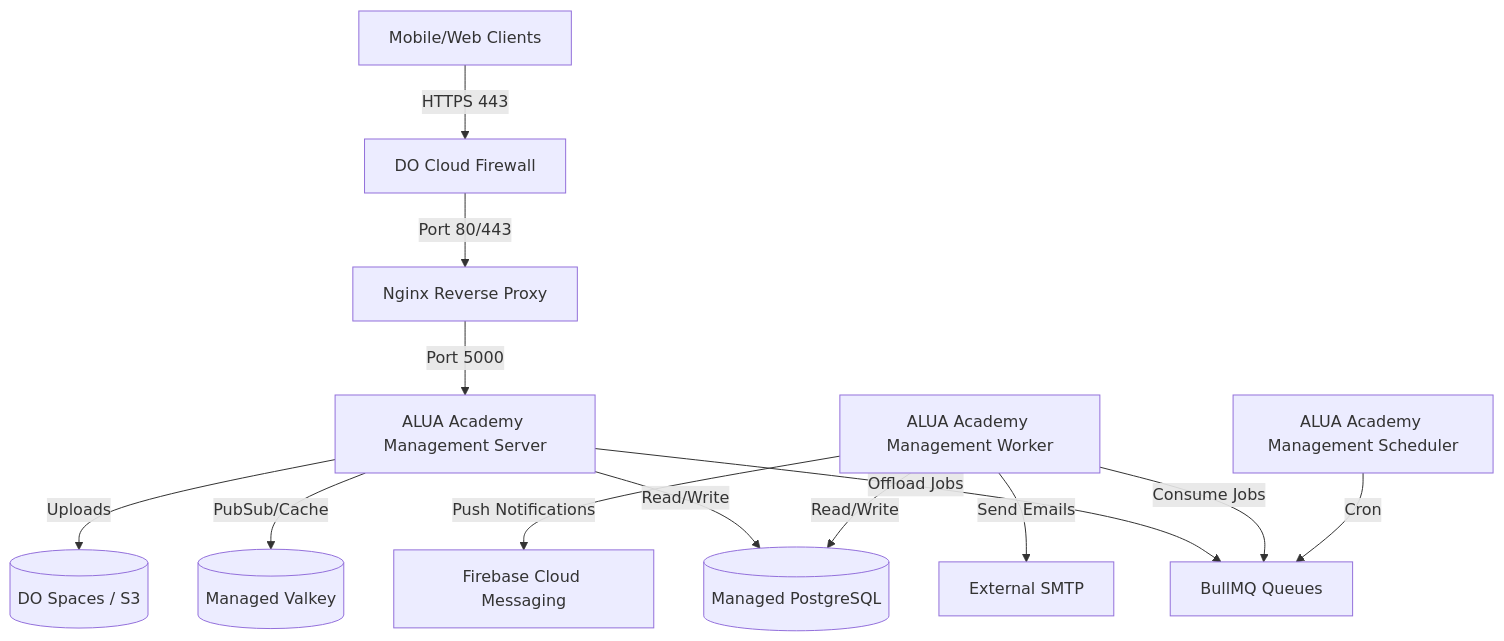
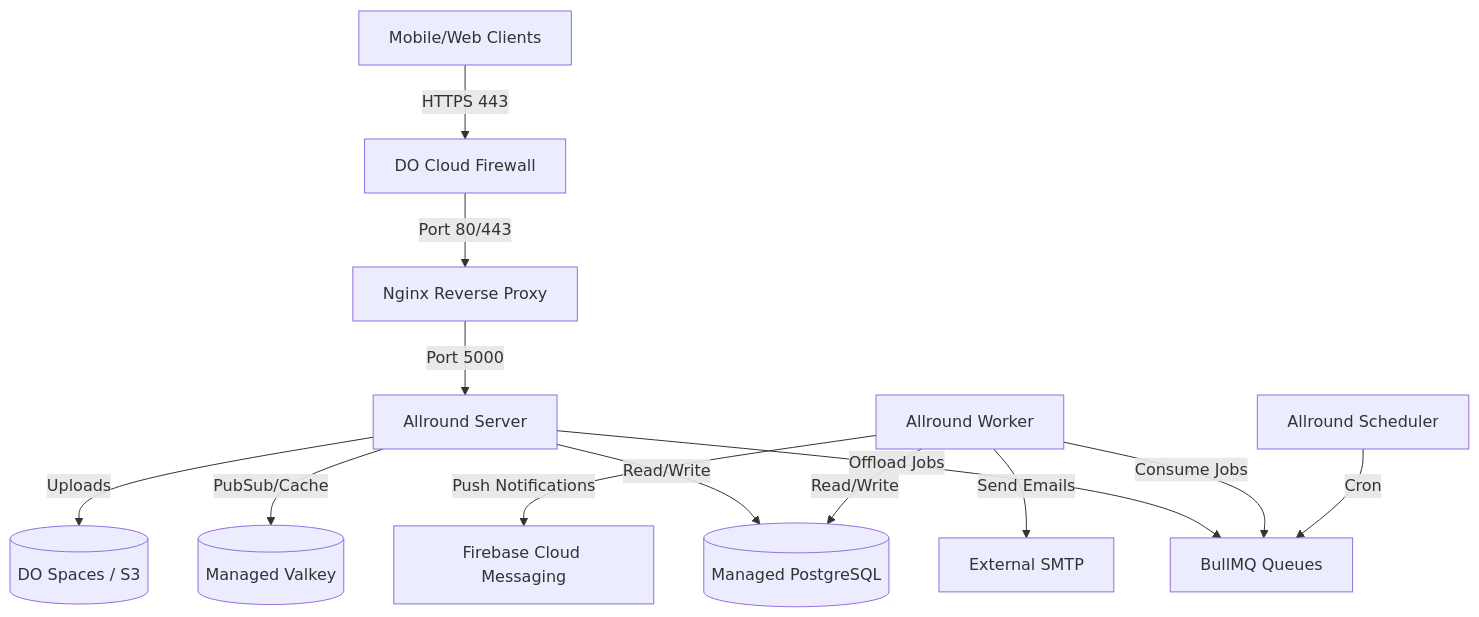
Before and after one commit to Abdullah00001/allround-server: the first of 2 diagrams in docs/architecture.md, drawn with Mermaid. The commit also changed other lines of this file and 22 other files, not shown here.

Commit message:
refactor: rebrand project identifiers and documentation from legacy academy names to Allround Server

````diff
--- a/docs/architecture.md
+++ b/docs/architecture.md
@@ -9,19 +9,19 @@
 ```mermaid
 graph TD
     Client[Mobile/Web Clients] -->|HTTPS 443| DO_LB[DO Cloud Firewall]
     DO_LB -->|Port 80/443| Nginx[Nginx Reverse Proxy]
-    Nginx -->|Port 5000| Server[ALUA Academy Management Server]
+    Nginx -->|Port 5000| Server[Allround Server]
     
     Server -->|Read/Write| Postgres[(Managed PostgreSQL)]
     Server -->|PubSub/Cache| Valkey[(Managed Valkey)]
     Server -->|Offload Jobs| BullMQ[BullMQ Queues]
     
-    Worker[ALUA Academy Management Worker] -->|Consume Jobs| BullMQ
+    Worker[Allround Worker] -->|Consume Jobs| BullMQ
     Worker -->|Read/Write| Postgres
     Worker -->|Send Emails| SMTP[External SMTP]
     Worker -->|Push Notifications| Firebase[Firebase Cloud Messaging]
     
-    Scheduler[ALUA Academy Management Scheduler] -->|Cron| BullMQ
+    Scheduler[Allround Scheduler] -->|Cron| BullMQ
     
     Server -->|Uploads| Spaces[(DO Spaces / S3)]
 ```
````
